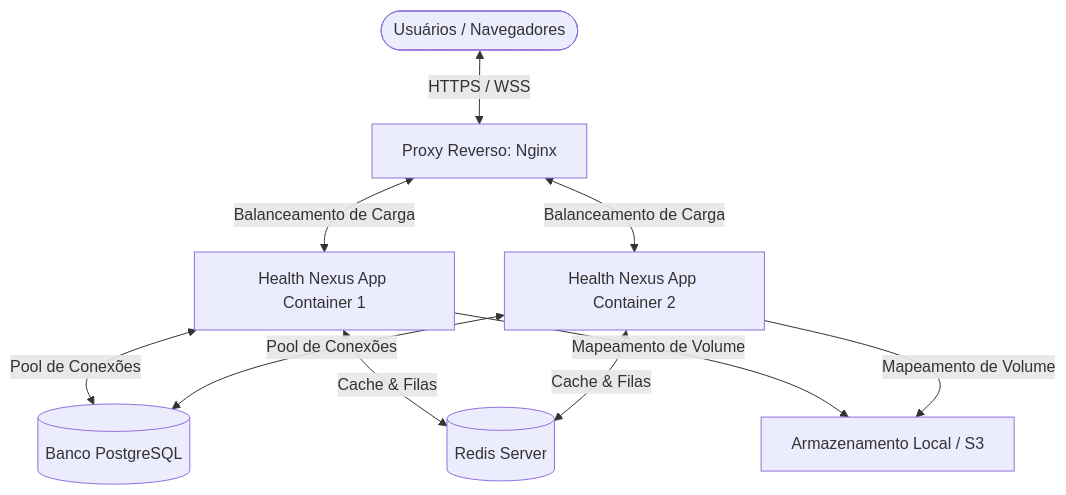
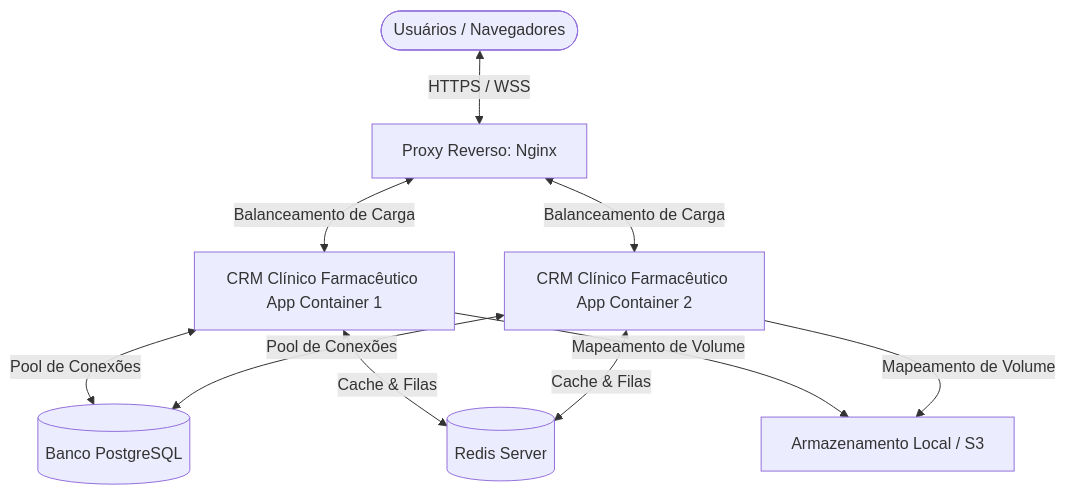
One commit to Mazzarowysk/crm-clinico-farmaceutic changed the diagram in docs/09-Implantacao/01-ci-cd-infra.md. Above: the diagram before and after it, drawn with Mermaid. The commit also changed other lines of this file and 67 other files, not shown here.

Commit message:
fix: Erradicada 100% de qualquer mencao a Health Nexus e aplicada a logo oficial da pasta LOGO em todos os componentes

````diff
--- a/docs/09-Implantacao/01-ci-cd-infra.md
+++ b/docs/09-Implantacao/01-ci-cd-infra.md
@@ -11,11 +11,11 @@
 ```mermaid
 graph TD
     Client([Usuários / Navegadores]) <-->|HTTPS / WSS| Nginx[Proxy Reverso: Nginx]
-    Nginx <-->|Balanceamento de Carga| App1[Health Nexus App Container 1]
-    Nginx <-->|Balanceamento de Carga| App2[Health Nexus App Container 2]
+    Nginx <-->|Balanceamento de Carga| App1[CRM Clínico Farmacêutico App Container 1]
+    Nginx <-->|Balanceamento de Carga| App2[CRM Clínico Farmacêutico App Container 2]
     
     App1 & App2 <-->|Pool de Conexões| PG[(Banco PostgreSQL)]
     App1 & App2 <-->|Cache & Filas| Redis[(Redis Server)]
     
     App1 & App2 -->|Mapeamento de Volume| Storage[Armazenamento Local / S3]
 ```
````
